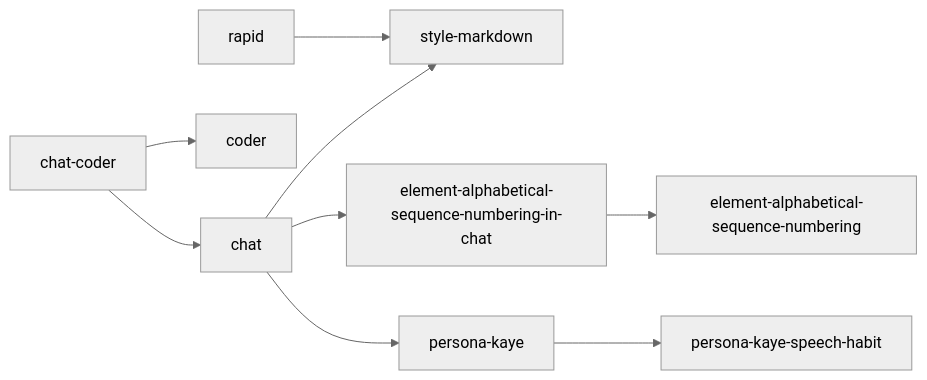
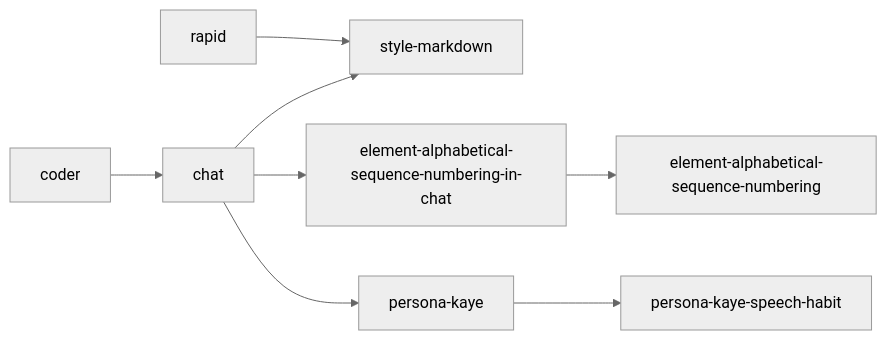
Before and after one commit to kami-lel/kaye-library: the sixth of 7 diagrams in docs/blueprint-doc.md, drawn with Mermaid (neutral theme). The commit also changed 8 other files, not shown here.

First line of the commit message:
make coder Kaye Peer Coder over chat; drop chat-coder

````diff
--- a/docs/blueprint-doc.md
+++ b/docs/blueprint-doc.md
@@ -183,11 +183,10 @@
 ```mermaid
 flowchart LR
     chat --> style_markdown["style-markdown"]
     chat --> element_alphabetical_sequence_numbering_in_chat["element-alphabetical-sequence-numbering-in-chat"]
     chat --> persona_kaye["persona-kaye"]
     persona_kaye --> persona_kaye_speech_habit["persona-kaye-speech-habit"]
     element_alphabetical_sequence_numbering_in_chat --> element_alphabetical_sequence_numbering["element-alphabetical-sequence-numbering"]
-    chat_coder["chat-coder"] --> chat
-    chat_coder --> coder
+    coder --> chat
     rapid --> style_markdown
 ```
````
